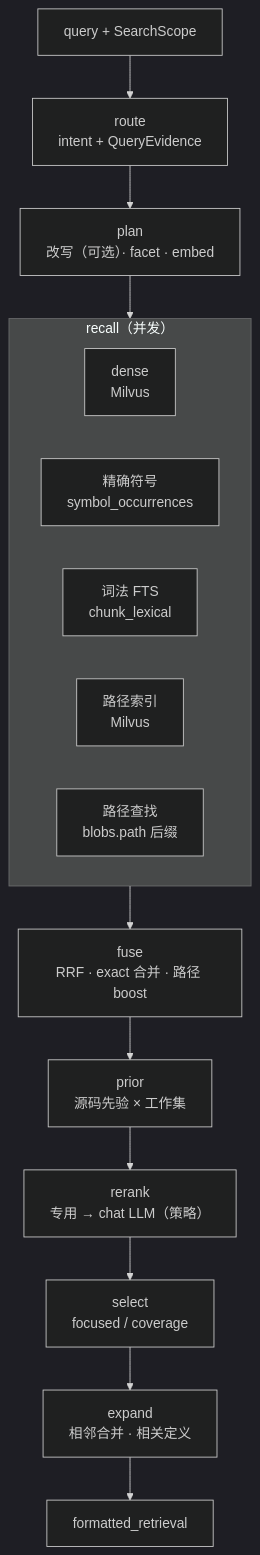
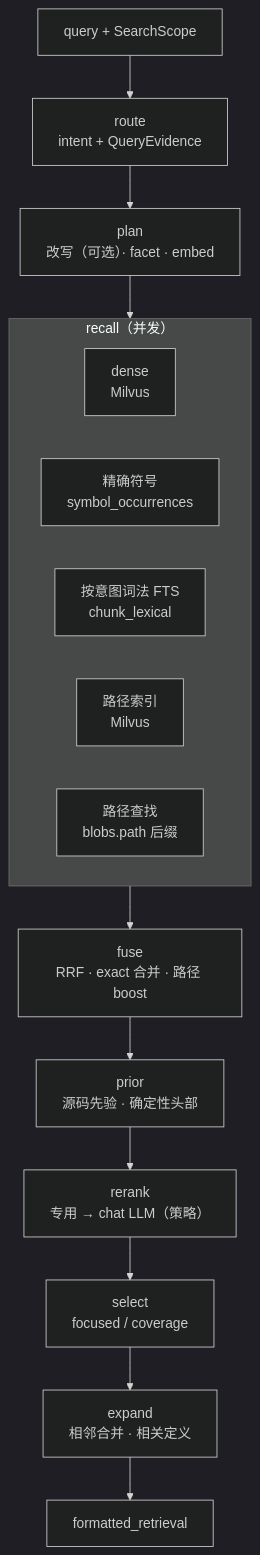
Before and after one commit to JasonEX/oce: the second of 2 diagrams in README.zh-CN.md, drawn with Mermaid (dark theme). The commit also changed other lines of this file and 17 other files, not shown here.

````diff
--- a/README.zh-CN.md
+++ b/README.zh-CN.md
@@ -431,20 +437,20 @@
 ```mermaid
 flowchart TB
     Q["query + SearchScope"] --> Route["route<br/>intent + QueryEvidence"]
     Route --> Plan["plan<br/>改写（可选）· facet · embed"]
     Plan --> Recall
     subgraph Recall["recall（并发）"]
         direction LR
         Dense["dense<br/>Milvus"]
         Exact["精确符号<br/>symbol_occurrences"]
-        Lexical["词法 FTS<br/>chunk_lexical"]
+        Lexical["按意图词法 FTS<br/>chunk_lexical"]
         PathIdx["路径索引<br/>Milvus"]
         PathLookup["路径查找<br/>blobs.path 后缀"]
     end
     Recall --> Fuse["fuse<br/>RRF · exact 合并 · 路径 boost"]
-    Fuse --> Prior["prior<br/>源码先验 × 工作集"]
+    Fuse --> Prior["prior<br/>源码先验 · 确定性头部"]
     Prior --> Rerank["rerank<br/>专用 → chat LLM（策略）"]
     Rerank --> Select["select<br/>focused / coverage"]
     Select --> Expand["expand<br/>相邻合并 · 相关定义"]
     Expand --> Out["formatted_retrieval"]
 ```
````
